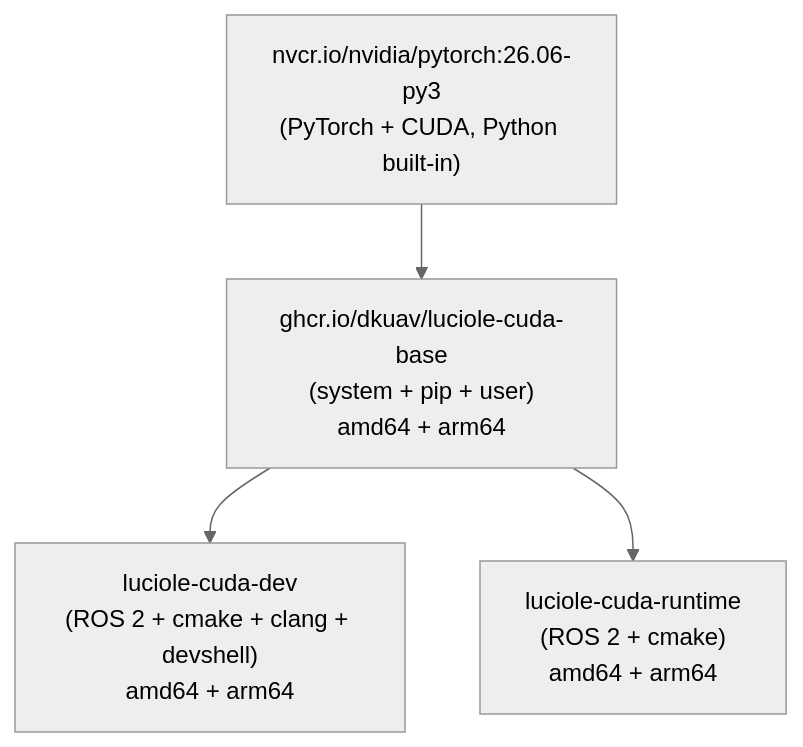
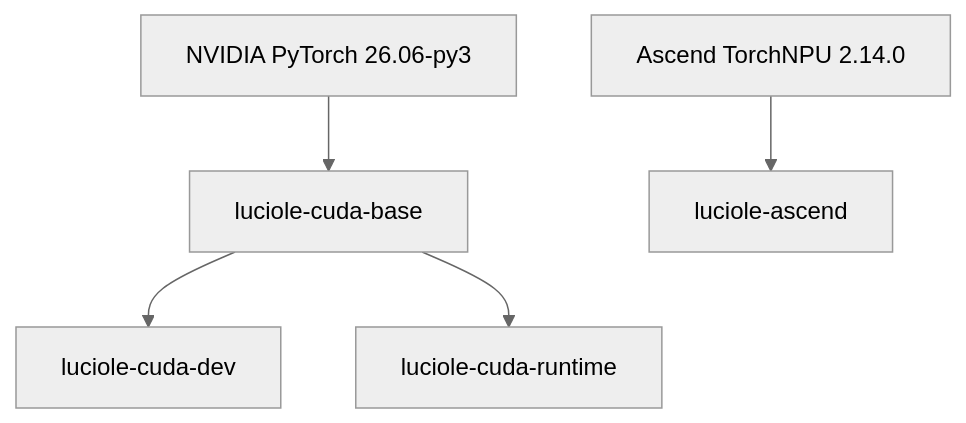
Before and after one commit to DKUAV/images: the first of 2 diagrams in README.md, drawn with Mermaid (neutral theme). The commit also changed other lines of this file and 81 other files, not shown here.

````diff
--- a/README.md
+++ b/README.md
@@ -11,7 +9,7 @@
 ```mermaid
 graph TD
-  C["nvcr.io/nvidia/pytorch:26.06-py3\n(PyTorch + CUDA, Python built-in)"] --> CB["ghcr.io/dkuav/luciole-cuda-base\n(system + pip + user)\namd64 + arm64"]
-
-  CB --> HCD["luciole-cuda-dev\n(ROS 2 + cmake + clang + devshell)\namd64 + arm64"]
-  CB --> HCR["luciole-cuda-runtime\n(ROS 2 + cmake)\namd64 + arm64"]
+  N["NVIDIA PyTorch 26.06-py3"] --> B["luciole-cuda-base"]
+  B --> D["luciole-cuda-dev"]
+  B --> R["luciole-cuda-runtime"]
+  A["Ascend TorchNPU 2.14.0"] --> NPU["luciole-ascend"]
 ```
````
